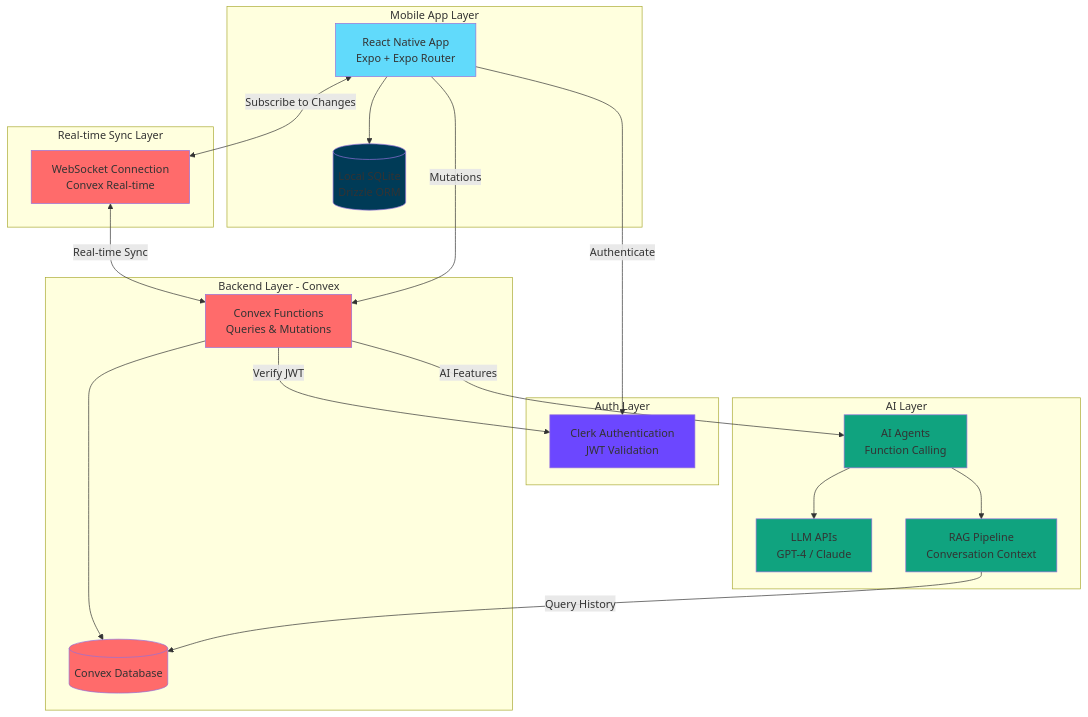
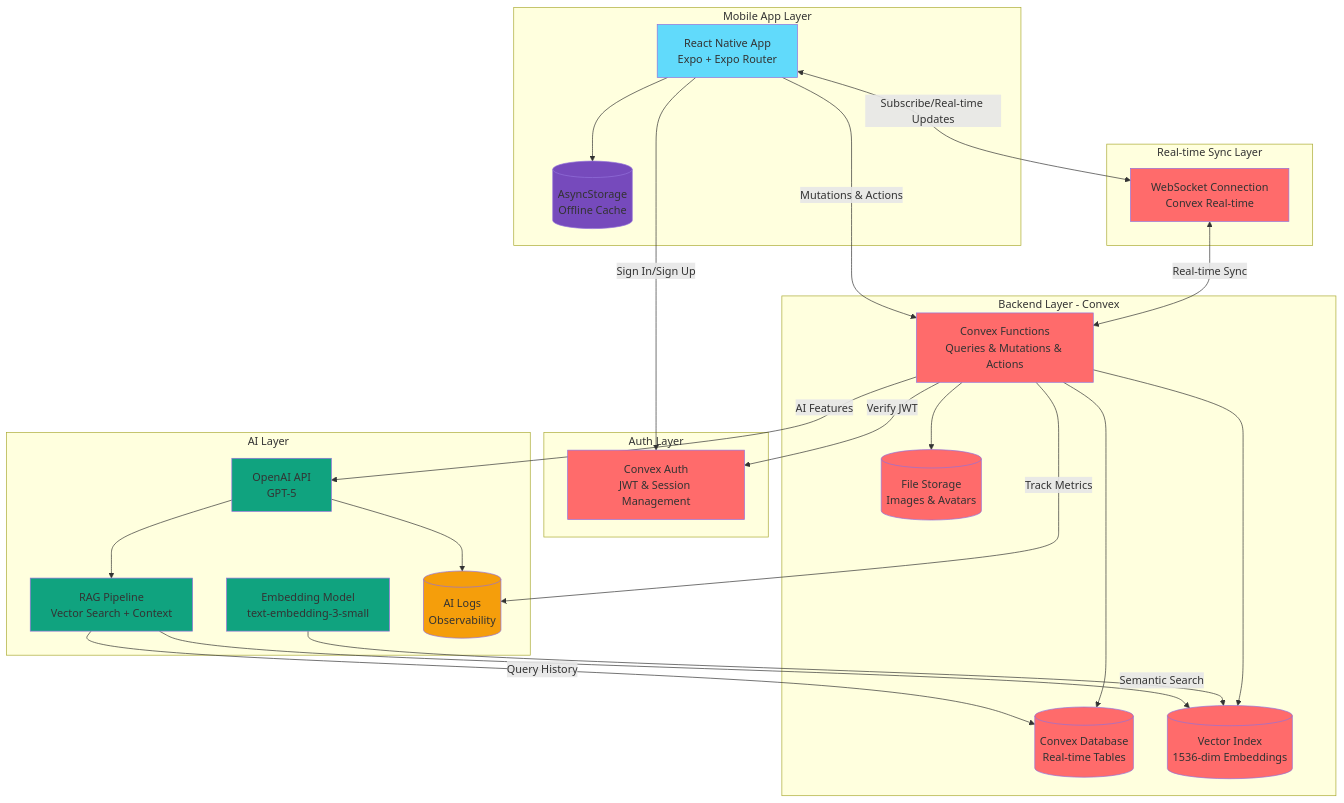
One commit to kennyu/sun-chat changed the diagram in README.md. Above: the diagram before and after it, drawn with Mermaid. The commit also changed other lines of this file and 10 other files, not shown here.

````diff
--- a/README.md
+++ b/README.md
@@ -56,48 +89,59 @@
 ```mermaid
 graph TB
     subgraph "Mobile App Layer"
         RN[React Native App<br/>Expo + Expo Router]
-        SQLite[(Local SQLite<br/>Drizzle ORM)]
-        RN --> SQLite
+        AS[(AsyncStorage<br/>Offline Cache)]
+        RN --> AS
     end
     
     subgraph "Real-time Sync Layer"
         WS[WebSocket Connection<br/>Convex Real-time]
     end
     
     subgraph "Backend Layer - Convex"
-        API[Convex Functions<br/>Queries & Mutations]
-        DB[(Convex Database)]
+        API[Convex Functions<br/>Queries & Mutations & Actions]
+        DB[(Convex Database<br/>Real-time Tables)]
+        VectorDB[(Vector Index<br/>1536-dim Embeddings)]
+        FileStore[(File Storage<br/>Images & Avatars)]
         API --> DB
+        API --> VectorDB
+        API --> FileStore
     end
     
     subgraph "Auth Layer"
-        Clerk[Clerk Authentication<br/>JWT Validation]
+        ConvexAuth[Convex Auth<br/>JWT & Session Management]
     end
     
     subgraph "AI Layer"
-        LLM[LLM APIs<br/>GPT-4 / Claude]
-        Agent[AI Agents<br/>Function Calling]
-        RAG[RAG Pipeline<br/>Conversation Context]
-        Agent --> LLM
-        Agent --> RAG
+        OpenAI[OpenAI API<br/>GPT-5]
+        Embeddings[Embedding Model<br/>text-embedding-3-small]
+        RAG[RAG Pipeline<br/>Vector Search + Context]
+        Logs[(AI Logs<br/>Observability)]
+        OpenAI --> RAG
+        Embeddings --> VectorDB
+        OpenAI --> Logs
     end
     
-    RN <-->|Subscribe to Changes| WS
+    RN <-->|Subscribe/Real-time Updates| WS
     WS <-->|Real-time Sync| API
-    RN -->|Mutations| API
-    API -->|Verify JWT| Clerk
-    RN -->|Authenticate| Clerk
-    API -->|AI Features| Agent
+    RN -->|Mutations & Actions| API
+    API -->|Verify JWT| ConvexAuth
+    RN -->|Sign In/Sign Up| ConvexAuth
+    API -->|AI Features| OpenAI
+    RAG -->|Semantic Search| VectorDB
     RAG -->|Query History| DB
+    API -->|Track Metrics| Logs
     
     style RN fill:#61dafb
-    style SQLite fill:#003b57
+    style AS fill:#764abc
     style WS fill:#ff6b6b
     style API fill:#ff6b6b
     style DB fill:#ff6b6b
-    style Clerk fill:#6c47ff
-    style LLM fill:#10a37f
-    style Agent fill:#10a37f
+    style VectorDB fill:#ff6b6b
+    style FileStore fill:#ff6b6b
+    style ConvexAuth fill:#ff6b6b
+    style OpenAI fill:#10a37f
+    style Embeddings fill:#10a37f
     style RAG fill:#10a37f
+    style Logs fill:#f59e0b
 ```
````
